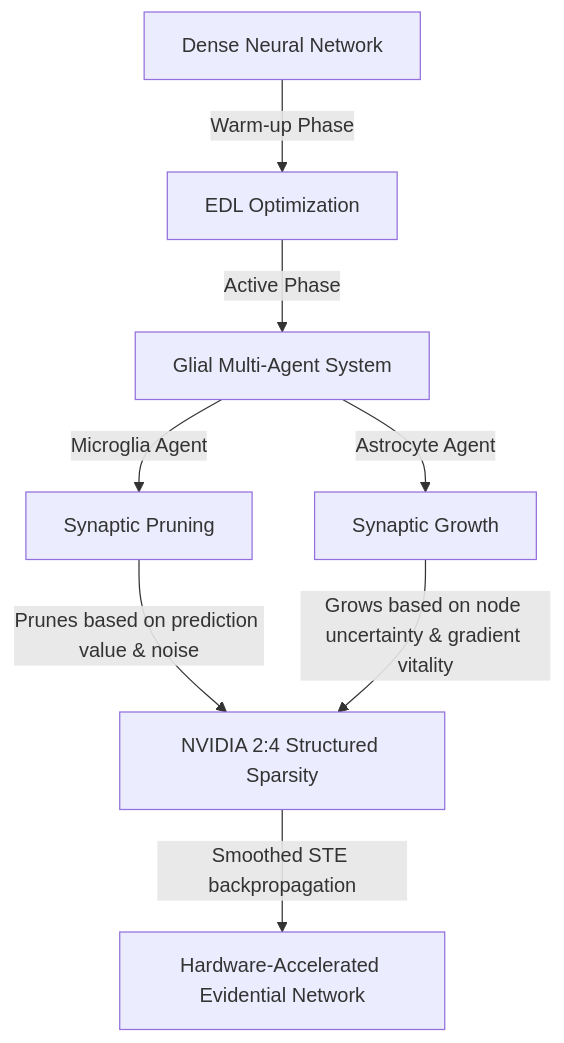
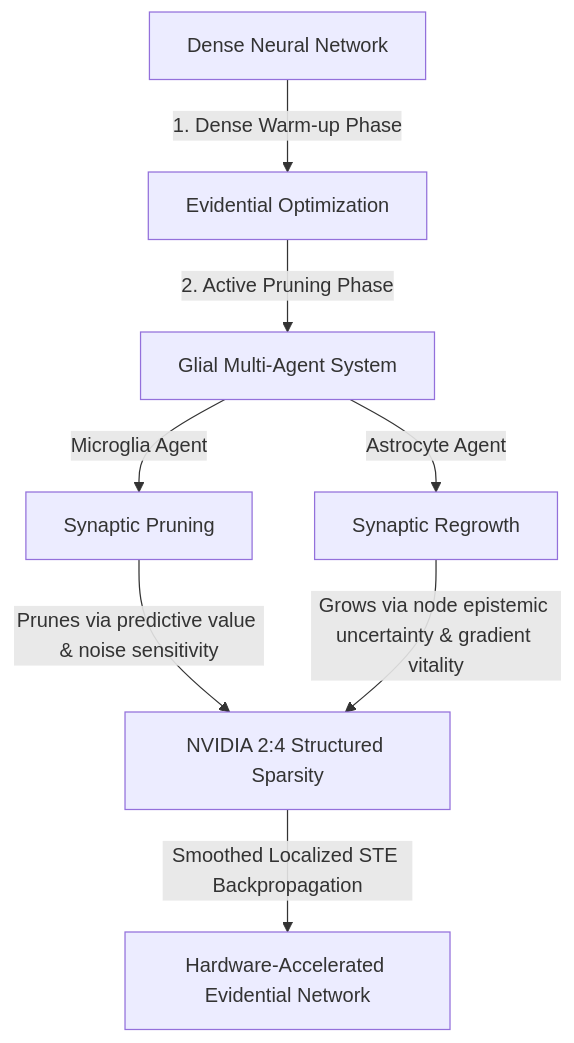
One commit to minhduc110207/MDEP-Microglial-Driven-Evidential-Pruning changed the diagram in README.md. Above: the diagram before and after it, drawn with Mermaid. The commit also changed other lines of this file and 11 other files, not shown here.

````diff
--- a/README.md
+++ b/README.md
@@ -17,10 +18,10 @@
 ```mermaid
 graph TD
-    A[Dense Neural Network] -->|Warm-up Phase| B[EDL Optimization]
-    B -->|Active Phase| C[Glial Multi-Agent System]
+    A[Dense Neural Network] -->|1. Dense Warm-up Phase| B[Evidential Optimization]
+    B -->|2. Active Pruning Phase| C[Glial Multi-Agent System]
     C -->|Microglia Agent| D[Synaptic Pruning]
-    C -->|Astrocyte Agent| E[Synaptic Growth]
-    D -->|Prunes based on prediction value & noise| F[NVIDIA 2:4 Structured Sparsity]
-    E -->|Grows based on node uncertainty & gradient vitality| F
-    F -->|Smoothed STE backpropagation| G[Hardware-Accelerated Evidential Network]
+    C -->|Astrocyte Agent| E[Synaptic Regrowth]
+    D -->|Prunes via predictive value & noise sensitivity| F[NVIDIA 2:4 Structured Sparsity]
+    E -->|Grows via node epistemic uncertainty & gradient vitality| F
+    F -->|Smoothed Localized STE Backpropagation| G[Hardware-Accelerated Evidential Network]
 ```
````
